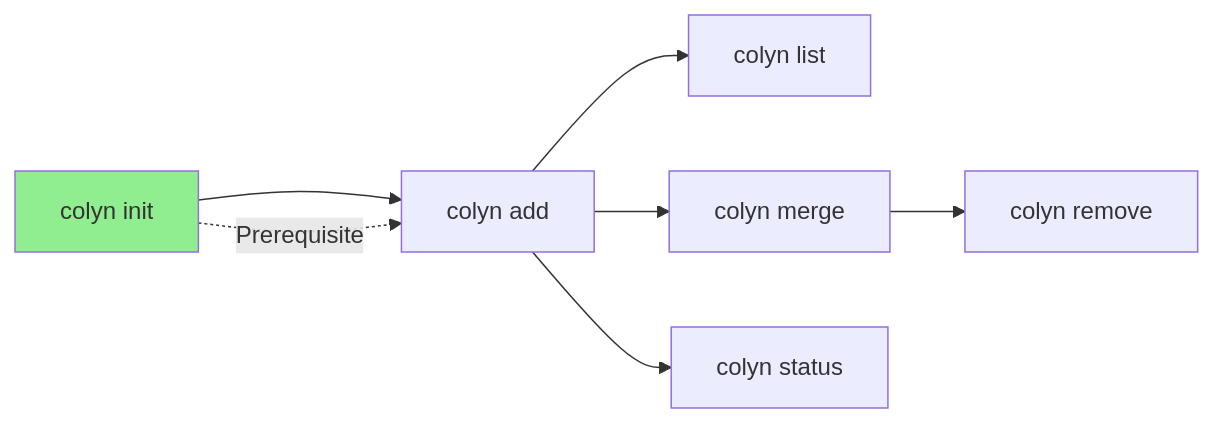
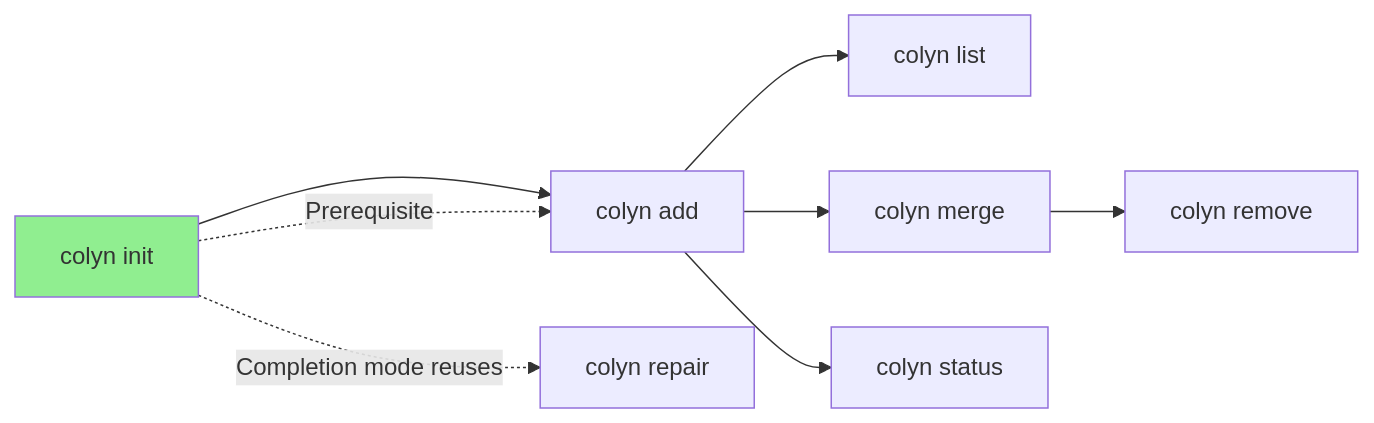
The sixth of 6 diagrams in docs/en/develop/design/commands/design-init-command.md (colin-han/colyn), drawn with Mermaid before and after one commit. The commit also changed other lines of this file and 18 other files, not shown here.

First line of the commit message:
refactor(repair,init): 运行时配置修复全面插件化，init 补全模式复用 repair

````diff
--- a/docs/en/develop/design/commands/design-init-command.md
+++ b/docs/en/develop/design/commands/design-init-command.md
@@ -554,12 +571,13 @@
 ```mermaid
 graph LR
     Init[colyn init] --> Add[colyn add]
+    Init -.->|Completion mode reuses| Repair[colyn repair]
     Add --> List[colyn list]
     Add --> Merge[colyn merge]
     Add --> Status[colyn status]
     Merge --> Remove[colyn remove]
 
     Init -.->|Prerequisite| Add
 
     style Init fill:#90EE90
 ```
````
